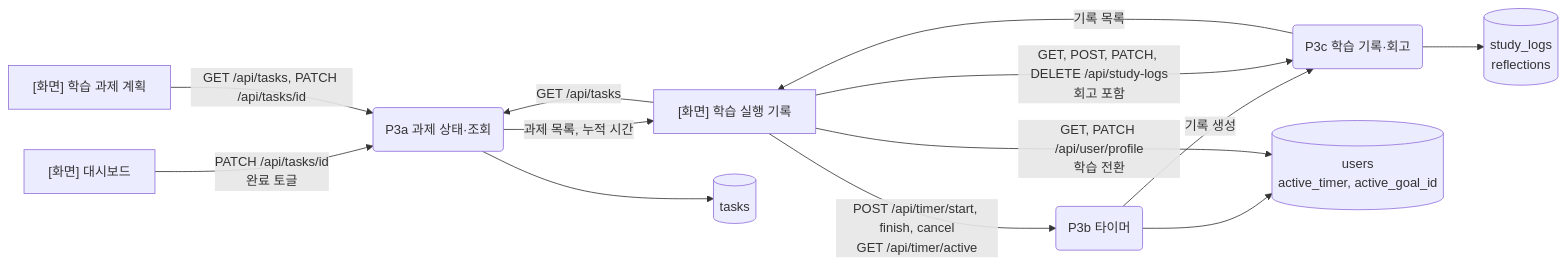
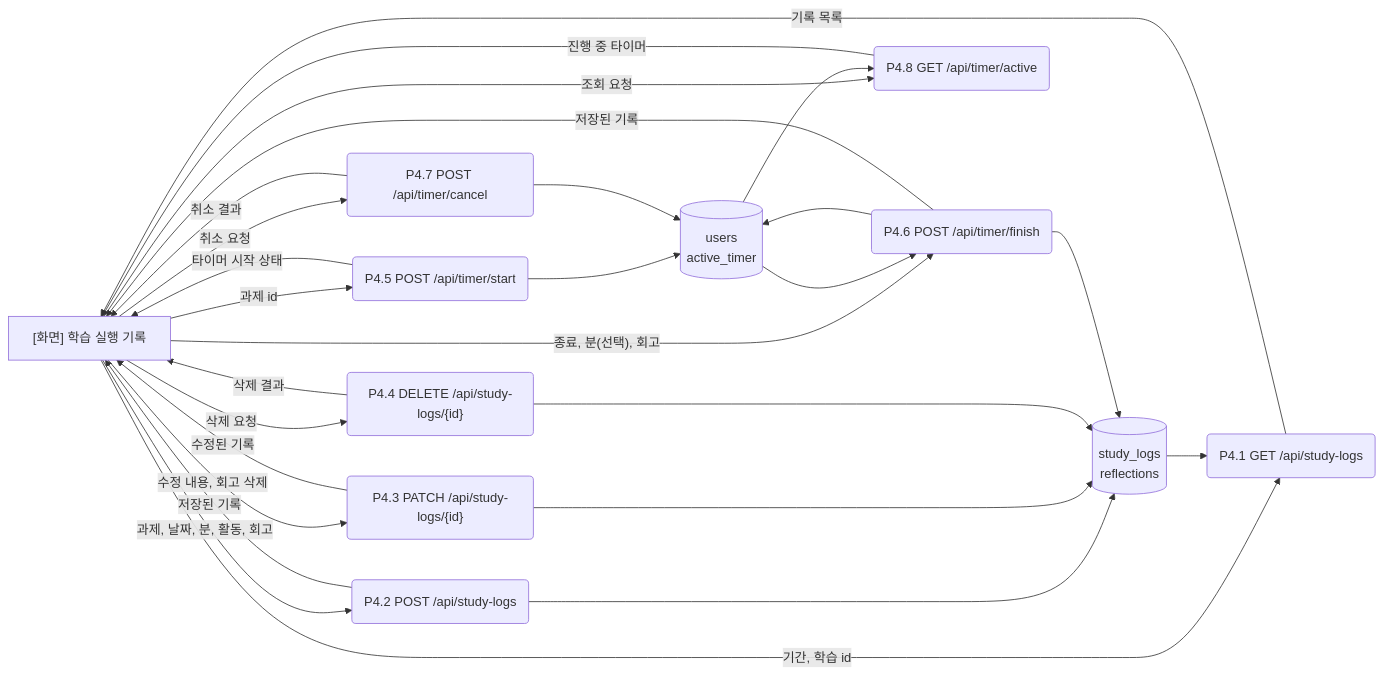
One commit to yong05610/ai-n-fprj changed the seventh of 12 diagrams in docs/architecture_dfd.md. Above: the diagram before and after it, drawn with Mermaid. The commit also changed other lines of this file, not shown here.

Commit message:
docs: DFD level 1 redrawn per API function (process per API), terminals are screens only, no terminal-terminal or terminal-store flows

````diff
--- a/docs/architecture_dfd.md
+++ b/docs/architecture_dfd.md
@@ -258,25 +272,41 @@
 ```mermaid
 flowchart LR
-    S1["[화면] 대시보드"]
-    S2["[화면] 학습 과제 계획"]
-    S3["[화면] 학습 실행 기록"]
-    P3a("P3a 과제 상태·조회")
-    P3b("P3b 타이머")
-    P3c("P3c 학습 기록·회고")
-    D1[("users<br/>active_timer, active_goal_id")]
-    D3[("tasks")]
-    D4[("study_logs<br/>reflections")]
+    S["[화면] 학습 실행 기록"]
+    P41("P4.1 GET /api/study-logs")
+    P42("P4.2 POST /api/study-logs")
+    P43("P4.3 PATCH /api/study-logs/{id}")
+    P44("P4.4 DELETE /api/study-logs/{id}")
+    P45("P4.5 POST /api/timer/start")
+    P46("P4.6 POST /api/timer/finish")
+    P47("P4.7 POST /api/timer/cancel")
+    P48("P4.8 GET /api/timer/active")
+    DL[("study_logs<br/>reflections")]
+    DU[("users<br/>active_timer")]
 
-    S1 -->|"PATCH /api/tasks/id<br/>완료 토글"| P3a
-    S2 -->|"GET /api/tasks, PATCH /api/tasks/id"| P3a
-    S3 -->|"GET /api/tasks"| P3a
-    P3a --> D3
-    P3a -->|"과제 목록, 누적 시간"| S3
-    S3 -->|"POST /api/timer/start, finish, cancel<br/>GET /api/timer/active"| P3b
-    P3b --> D1
-    P3b -->|"기록 생성"| P3c
-    S3 -->|"GET, POST, PATCH, DELETE /api/study-logs<br/>회고 포함"| P3c
-    P3c --> D4
-    P3c -->|"기록 목록"| S3
-    S3 -->|"GET, PATCH /api/user/profile<br/>학습 전환"| D1
+    S -->|"기간, 학습 id"| P41
+    DL --> P41
+    P41 -->|"기록 목록"| S
+    S -->|"과제, 날짜, 분, 활동, 회고"| P42
+    P42 --> DL
+    P42 -->|"저장된 기록"| S
+    S -->|"수정 내용, 회고 삭제"| P43
+    P43 --> DL
+    P43 -->|"수정된 기록"| S
+    S -->|"삭제 요청"| P44
+    P44 --> DL
+    P44 -->|"삭제 결과"| S
+    S -->|"과제 id"| P45
+    P45 --> DU
+    P45 -->|"타이머 시작 상태"| S
+    S -->|"종료, 분(선택), 회고"| P46
+    DU --> P46
+    P46 --> DL
+    P46 --> DU
+    P46 -->|"저장된 기록"| S
+    S -->|"취소 요청"| P47
+    P47 --> DU
+    P47 -->|"취소 결과"| S
+    S -->|"조회 요청"| P48
+    DU --> P48
+    P48 -->|"진행 중 타이머"| S
 ```
````
